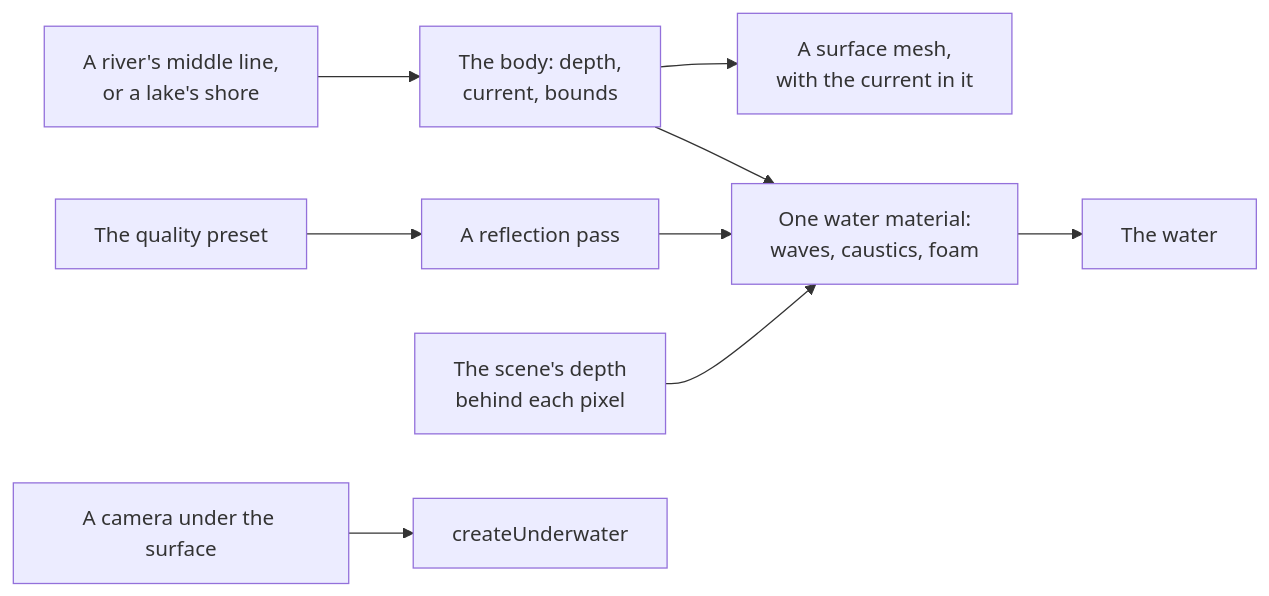
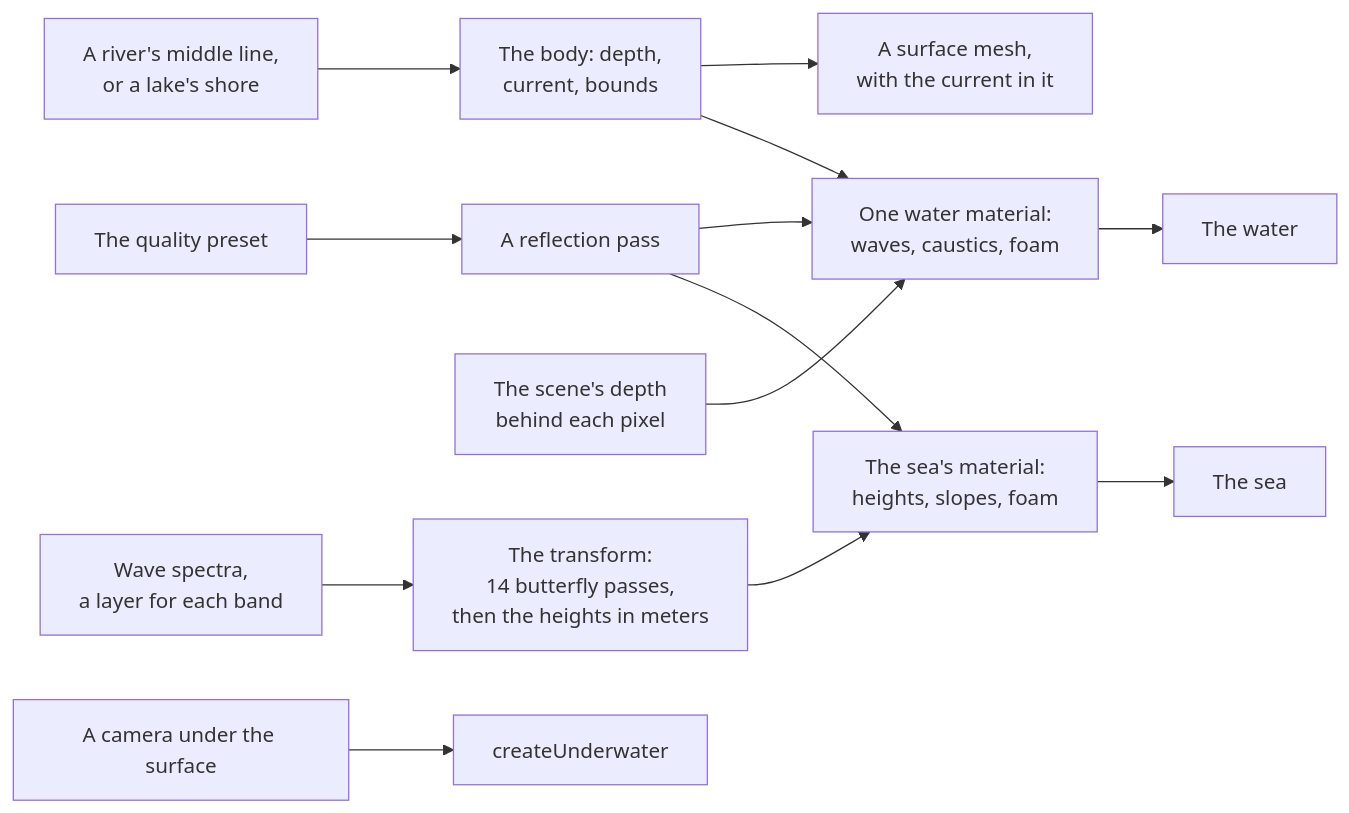
The diagram in docs/api/water.md (null3d-engine/null3d), drawn with Mermaid before and after one commit. The commit also changed other lines of this file and 35 other files, not shown here.

````diff
--- a/docs/api/water.md
+++ b/docs/api/water.md
@@ -13,11 +13,15 @@
 ```mermaid
 flowchart LR
     shape["A river's middle line,<br/>or a lake's shore"] --> body["The body: depth,<br/>current, bounds"]
     body --> mesh["A surface mesh,<br/>with the current in it"]
     body --> material["One water material:<br/>waves, caustics, foam"]
     mirror["A reflection pass"] --> material
     bed["The scene's depth<br/>behind each pixel"] --> material
     material --> screen["The water"]
+    spectrum["Wave spectra,<br/>a layer for each band"] --> chain["The transform:<br/>14 butterfly passes,<br/>then the heights in meters"]
+    chain --> sea["The sea's material:<br/>heights, slopes, foam"]
+    mirror --> sea
+    sea --> ocean["The sea"]
     preset["The quality preset"] --> mirror
     camera["A camera under the surface"] --> under["createUnderwater"]
 ```
````
